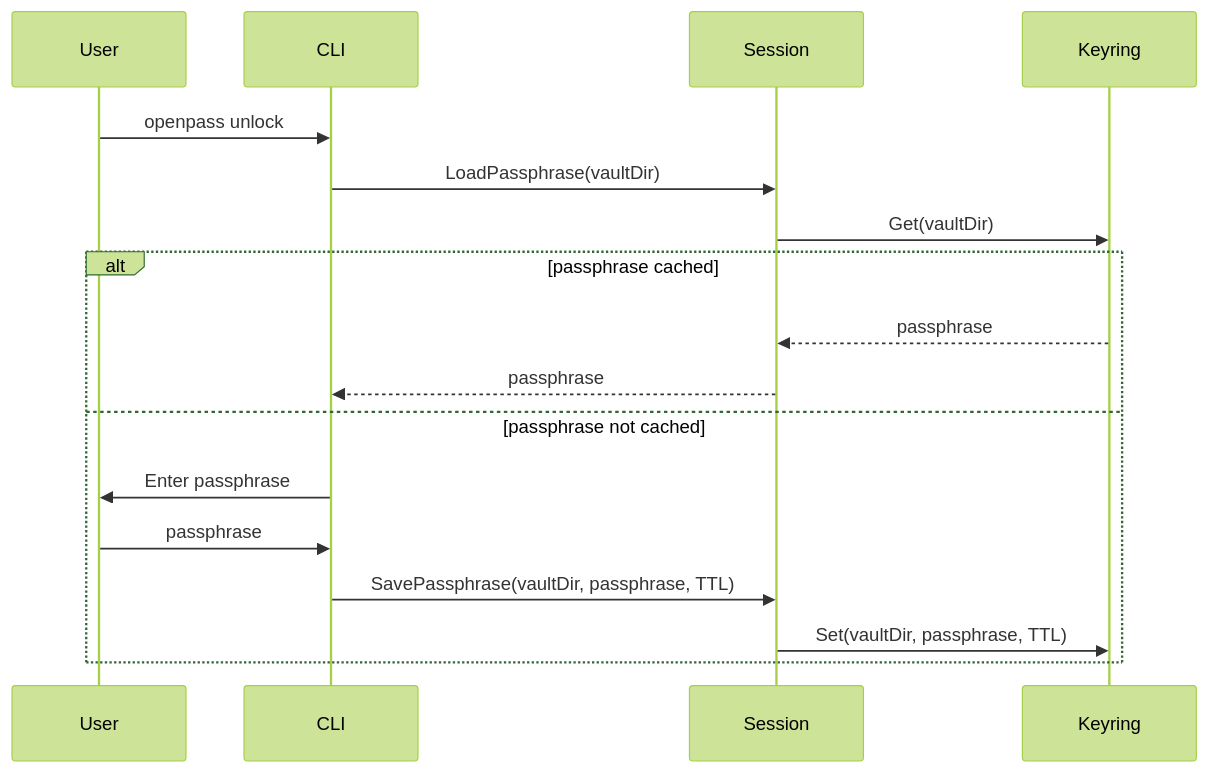
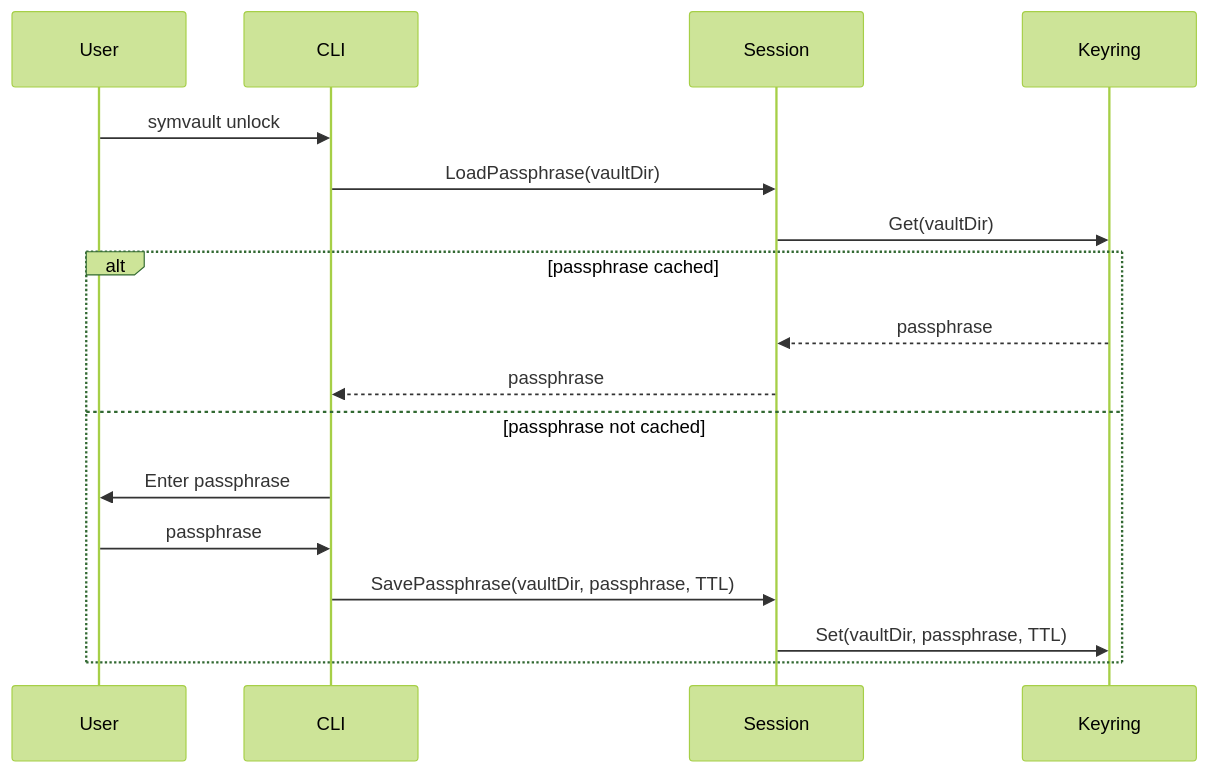
The third of 8 diagrams in ARCHITECTURE.md (danieljustus/symaira-vault), drawn with Mermaid (forest theme) before and after one commit. The commit also changed 222 other files, not shown here.

First line of the commit message:
feat: change CLI command from symaira to symvault

````diff
--- a/ARCHITECTURE.md
+++ b/ARCHITECTURE.md
@@ -141,20 +141,20 @@
 ```mermaid
 sequenceDiagram
     participant User
     participant CLI
     participant Session
     participant Keyring
 
-    User->>CLI: openpass unlock
+    User->>CLI: symvault unlock
     CLI->>Session: LoadPassphrase(vaultDir)
     Session->>Keyring: Get(vaultDir)
     alt passphrase cached
         Keyring-->>Session: passphrase
         Session-->>CLI: passphrase
     else passphrase not cached
         CLI->>User: Enter passphrase
         User->>CLI: passphrase
         CLI->>Session: SavePassphrase(vaultDir, passphrase, TTL)
         Session->>Keyring: Set(vaultDir, passphrase, TTL)
     end
 ```
````
